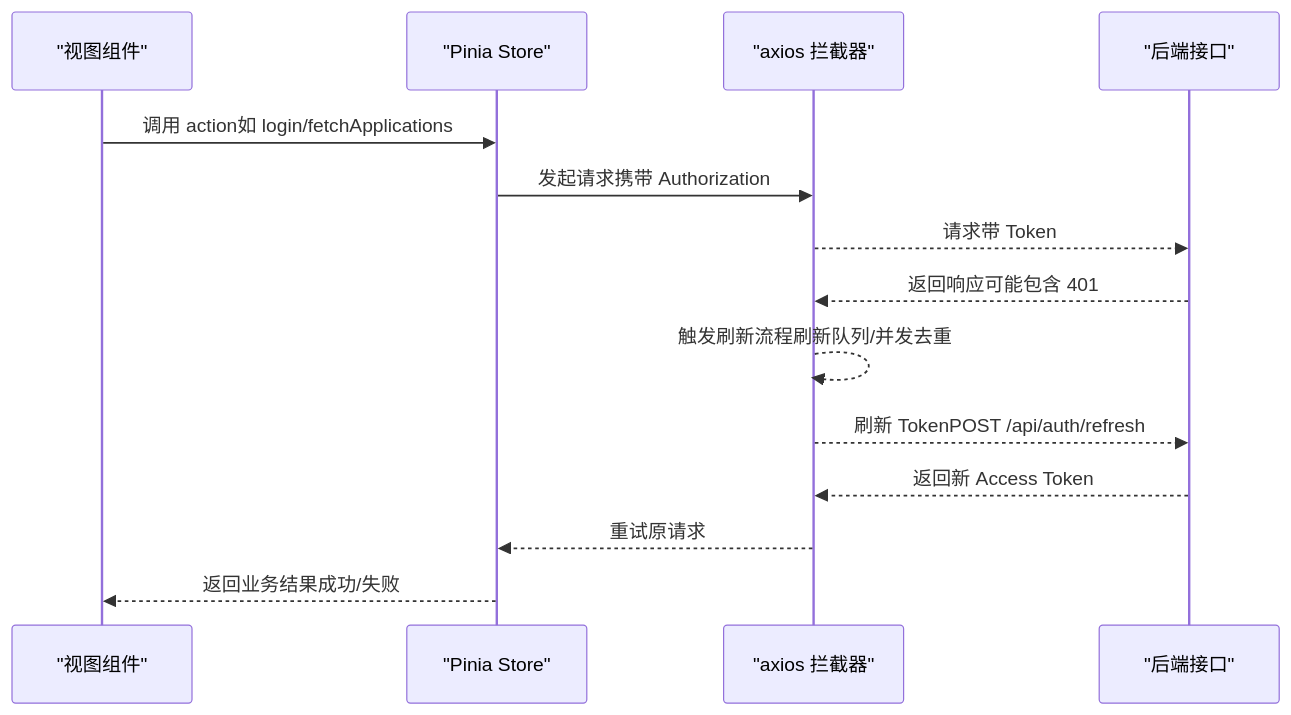
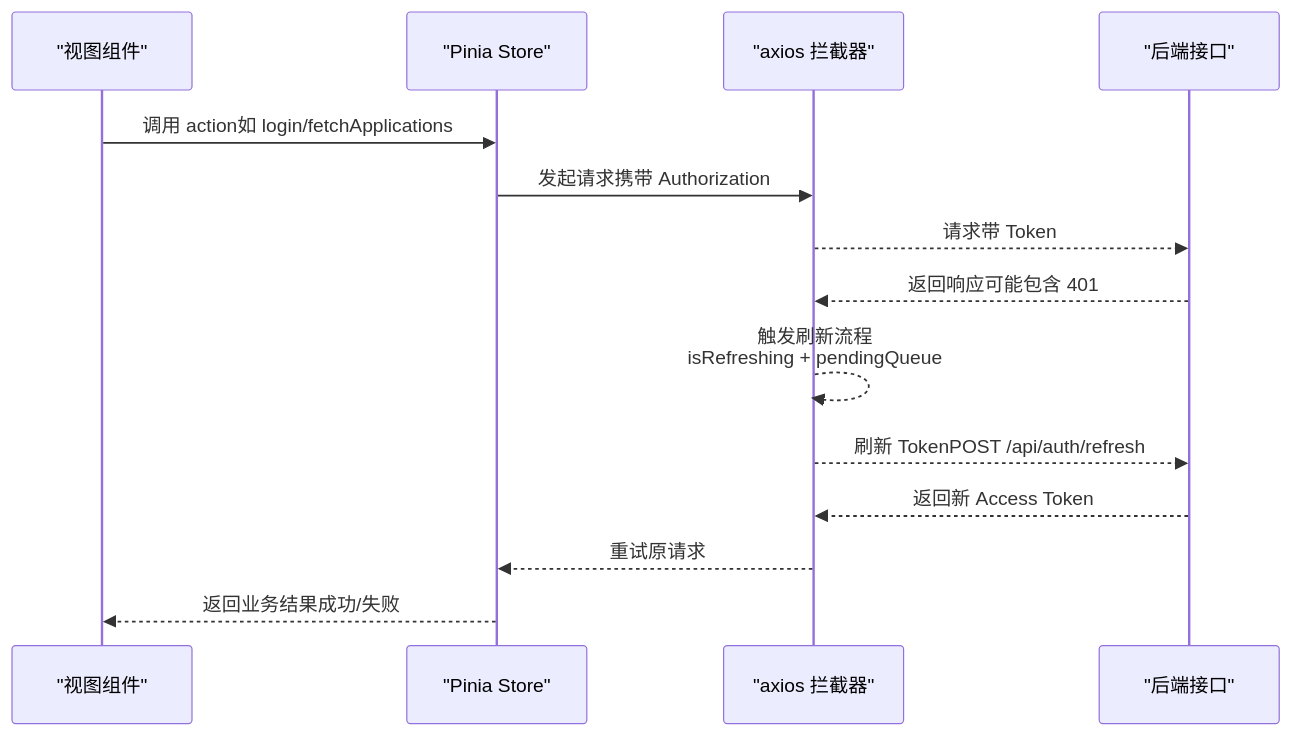
Before and after one commit to Giraffe-Han/microAPP: the second of 7 diagrams in .qoder/repowiki/zh/content/前端应用架构/状态管理系统.md, drawn with Mermaid. The commit also changed other lines of this file and 176 other files, not shown here.

````diff
--- a/.qoder/repowiki/zh/content/前端应用架构/状态管理系统.md
+++ b/.qoder/repowiki/zh/content/前端应用架构/状态管理系统.md
@@ -97,16 +99,16 @@
 ```mermaid
 sequenceDiagram
 participant View as "视图组件"
 participant Store as "Pinia Store"
 participant HTTP as "axios 拦截器"
 participant API as "后端接口"
 View->>Store : 调用 action如 login/fetchApplications
 Store->>HTTP : 发起请求携带 Authorization
 HTTP-->>API : 请求带 Token
 API-->>HTTP : 返回响应可能包含 401
-HTTP-->>HTTP : 触发刷新流程刷新队列/并发去重
+HTTP-->>HTTP : 触发刷新流程<br/>isRefreshing + pendingQueue
 HTTP-->>API : 刷新 TokenPOST /api/auth/refresh
 API-->>HTTP : 返回新 Access Token
 HTTP-->>Store : 重试原请求
 Store-->>View : 返回业务结果成功/失败
 ```
````
